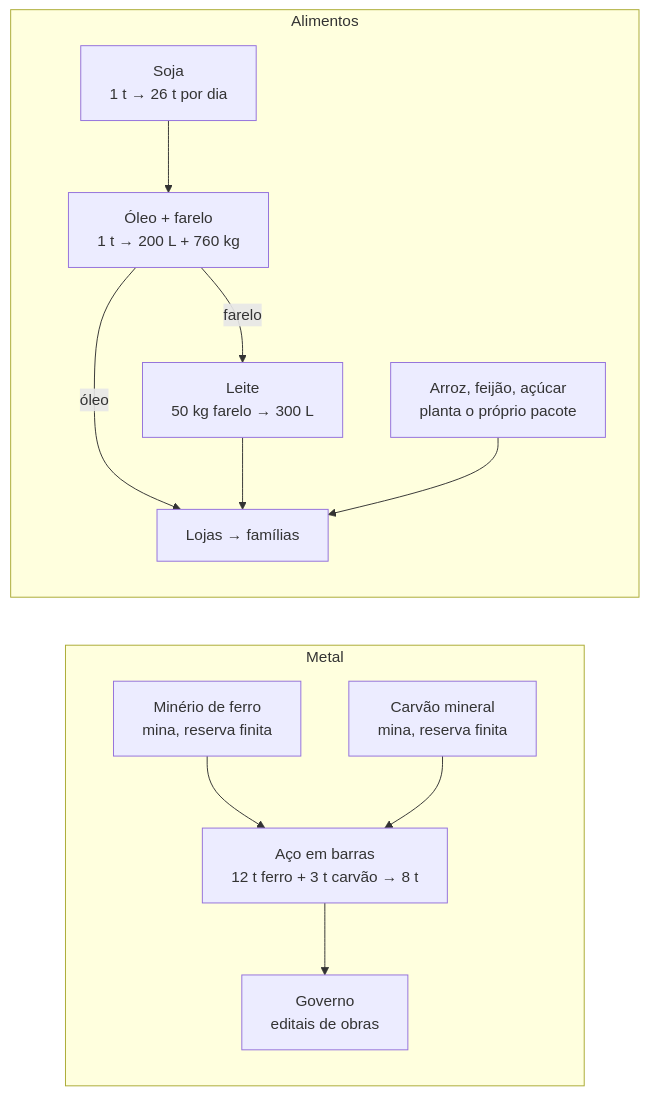
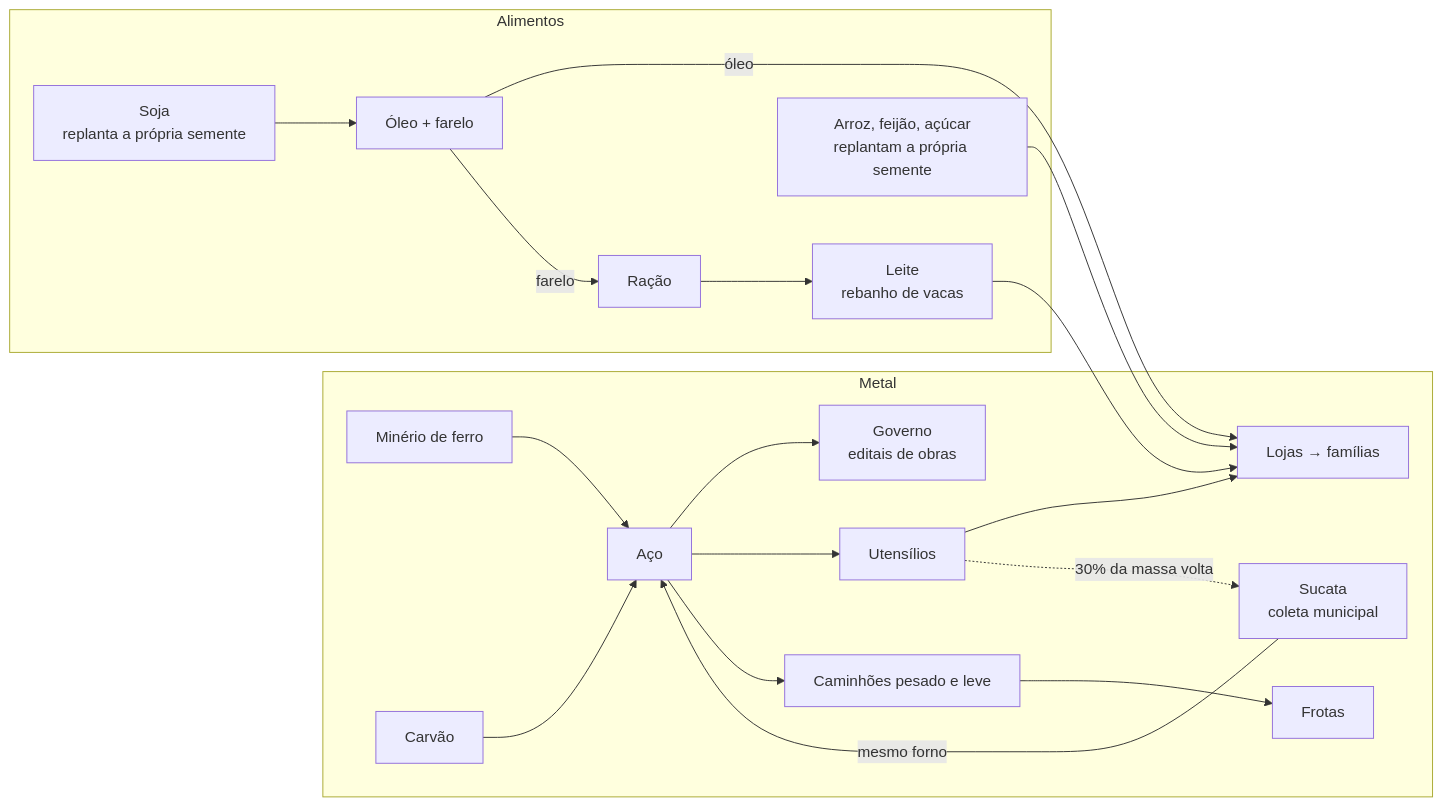
The diagram in docs/product/ECONOMIA-HOJE.md (pmarcura/aftermarket), drawn with Mermaid before and after one commit. The commit also changed other lines of this file and 5 other files, not shown here.

````diff
--- a/docs/product/ECONOMIA-HOJE.md
+++ b/docs/product/ECONOMIA-HOJE.md
@@ -13,15 +15,19 @@
 ```mermaid
 flowchart LR
   subgraph Metal
-    ferro[Minério de ferro<br/>mina, reserva finita] --> aco[Aço em barras<br/>12 t ferro + 3 t carvão → 8 t]
-    carvao[Carvão mineral<br/>mina, reserva finita] --> aco
+    ferro[Minério de ferro] --> aco[Aço]
+    carvao[Carvão] --> aco
+    sucata[Sucata<br/>coleta municipal] -->|mesmo forno| aco
     aco --> gov[Governo<br/>editais de obras]
+    aco --> utensilios[Utensílios] --> loja
+    aco --> caminhoes[Caminhões pesado e leve] --> frota[Frotas]
+    utensilios -.30% da massa volta.-> sucata
   end
   subgraph Alimentos
-    soja[Soja<br/>1 t → 26 t por dia] --> oleo[Óleo + farelo<br/>1 t → 200 L + 760 kg]
+    soja[Soja<br/>replanta a própria semente] --> oleo[Óleo + farelo]
     oleo -->|óleo| loja[Lojas → famílias]
-    oleo -->|farelo| leite[Leite<br/>50 kg farelo → 300 L]
+    oleo -->|farelo| racao[Ração] --> leite[Leite<br/>rebanho de vacas]
     leite --> loja
-    graos[Arroz, feijão, açúcar<br/>planta o próprio pacote] --> loja
+    graos[Arroz, feijão, açúcar<br/>replantam a própria semente] --> loja
   end
 ```
````
